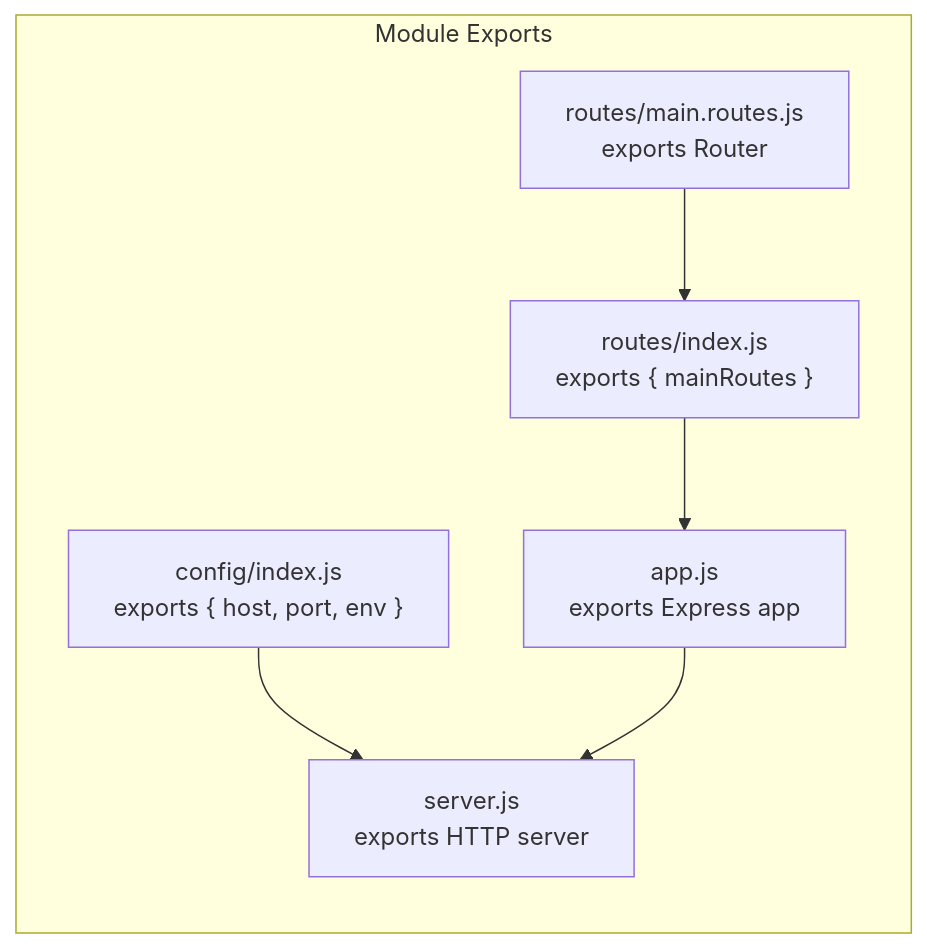
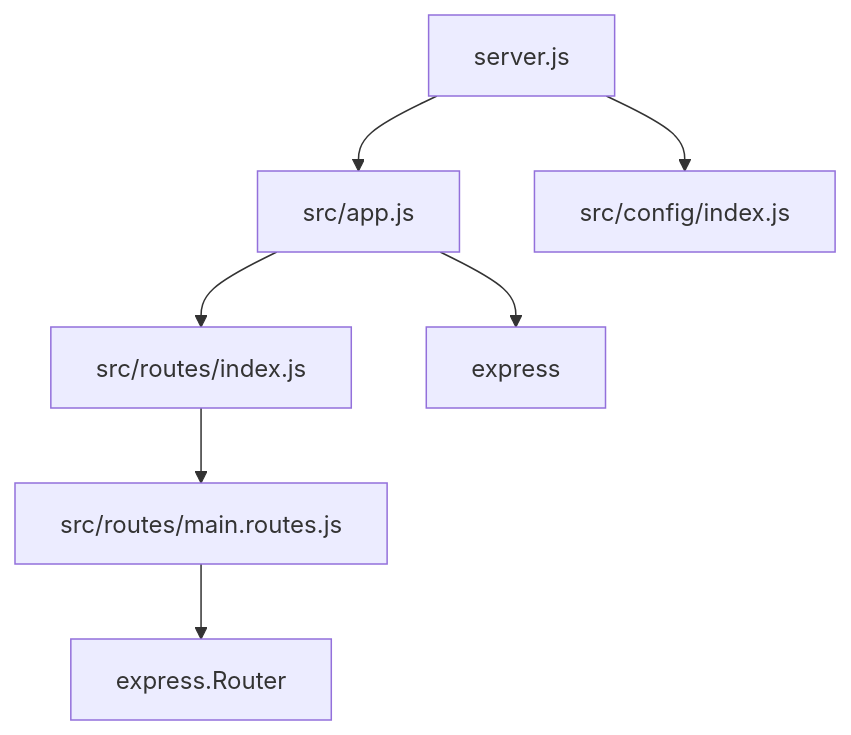
Before and after one commit to sudhanshu-spec/test-spec: the first of 2 diagrams in blitzy/documentation/Technical Specifications.md, drawn with Mermaid. The commit also changed other lines of this file, not shown here.

````diff
--- a/blitzy/documentation/Technical Specifications.md
+++ b/blitzy/documentation/Technical Specifications.md
@@ -336,15 +141,9 @@
 ```mermaid
-flowchart LR
-    subgraph Exports["Module Exports"]
-        Config["config/index.js\nexports { host, port, env }"]
-        MainRoutes["routes/main.routes.js\nexports Router"]
-        RouteIndex["routes/index.js\nexports { mainRoutes }"]
-        App["app.js\nexports Express app"]
-        Server["server.js\nexports HTTP server"]
-    end
-    
-    MainRoutes --> RouteIndex
-    RouteIndex --> App
-    Config --> Server
-    App --> Server
+graph TD
+    A[server.js] --> B[src/app.js]
+    B --> C[src/routes/index.js]
+    C --> D[src/routes/main.routes.js]
+    A --> E[src/config/index.js]
+    D --> F[express.Router]
+    B --> G[express]
 ```
````
